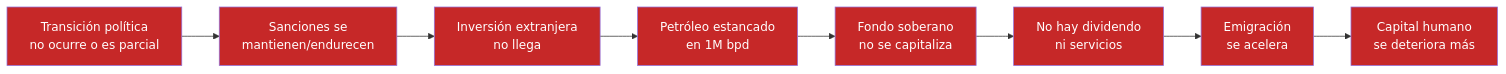
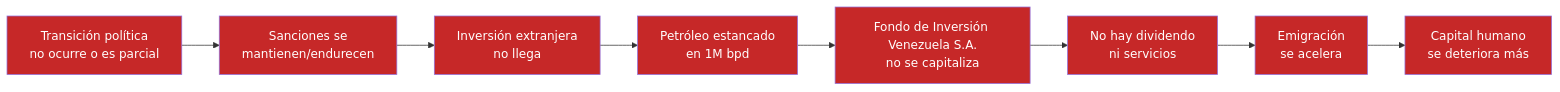
One commit to Venezuela-S-A/venezuela-sa changed the second of 5 diagrams in docs/07-ejecucion/riesgos.md. Above: the diagram before and after it, drawn with Mermaid. The commit also changed other lines of this file and 33 other files, not shown here.

First line of the commit message:
refactor: rename 'fondo soberano' to 'Fondo de Inversión Venezuela S.A.'

````diff
--- a/docs/07-ejecucion/riesgos.md
+++ b/docs/07-ejecucion/riesgos.md
@@ -139,19 +139,19 @@
 ```mermaid
 flowchart LR
     A[Transición política<br>no ocurre o es parcial] --> B[Sanciones se<br>mantienen/endurecen]
     B --> C[Inversión extranjera<br>no llega]
     C --> D[Petróleo estancado<br>en 1M bpd]
-    D --> E[Fondo soberano<br>no se capitaliza]
+    D --> E[Fondo de Inversión Venezuela S.A.<br>no se capitaliza]
     E --> F[No hay dividendo<br>ni servicios]
     F --> G[Emigración<br>se acelera]
     G --> H[Capital humano<br>se deteriora más]
 
     style A fill:#C62828,color:#fff
     style B fill:#C62828,color:#fff
     style C fill:#C62828,color:#fff
     style D fill:#C62828,color:#fff
     style E fill:#C62828,color:#fff
     style F fill:#C62828,color:#fff
     style G fill:#C62828,color:#fff
     style H fill:#C62828,color:#fff
 ```
````
